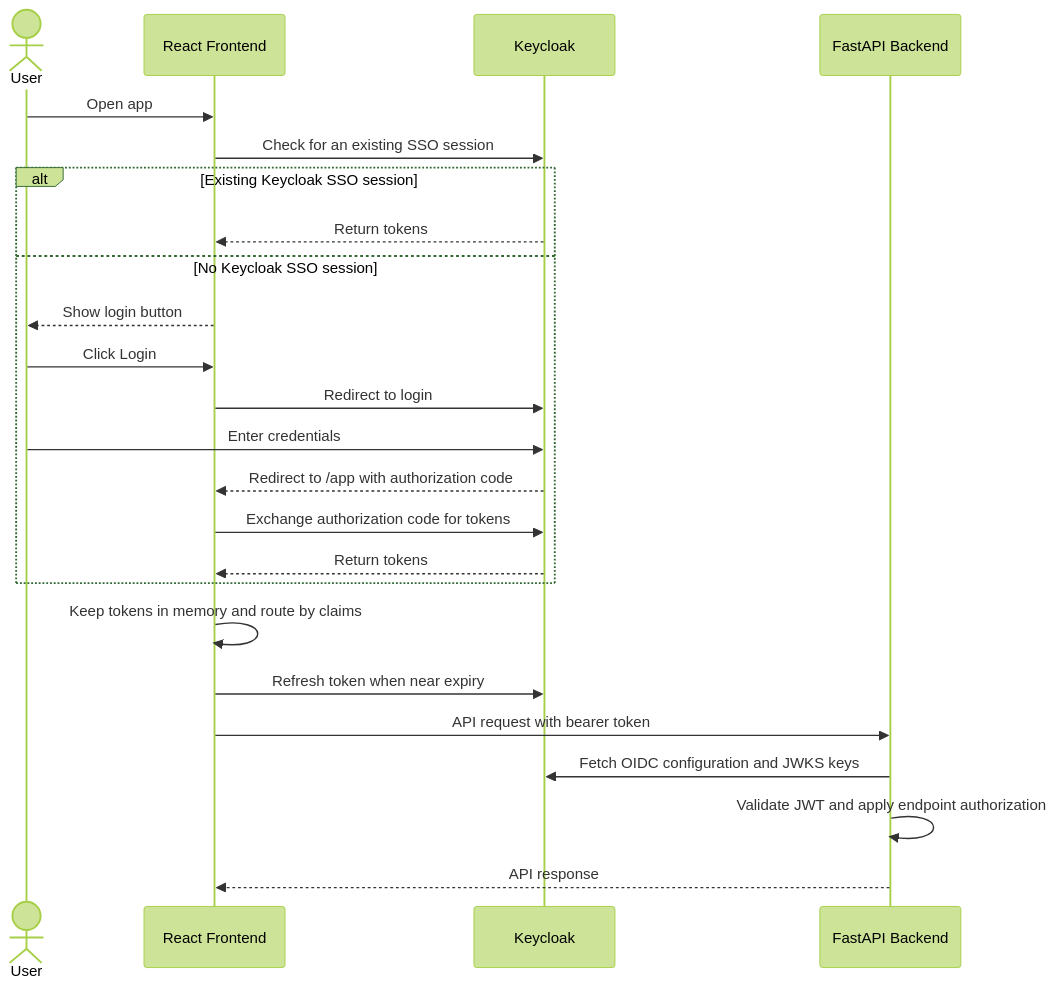
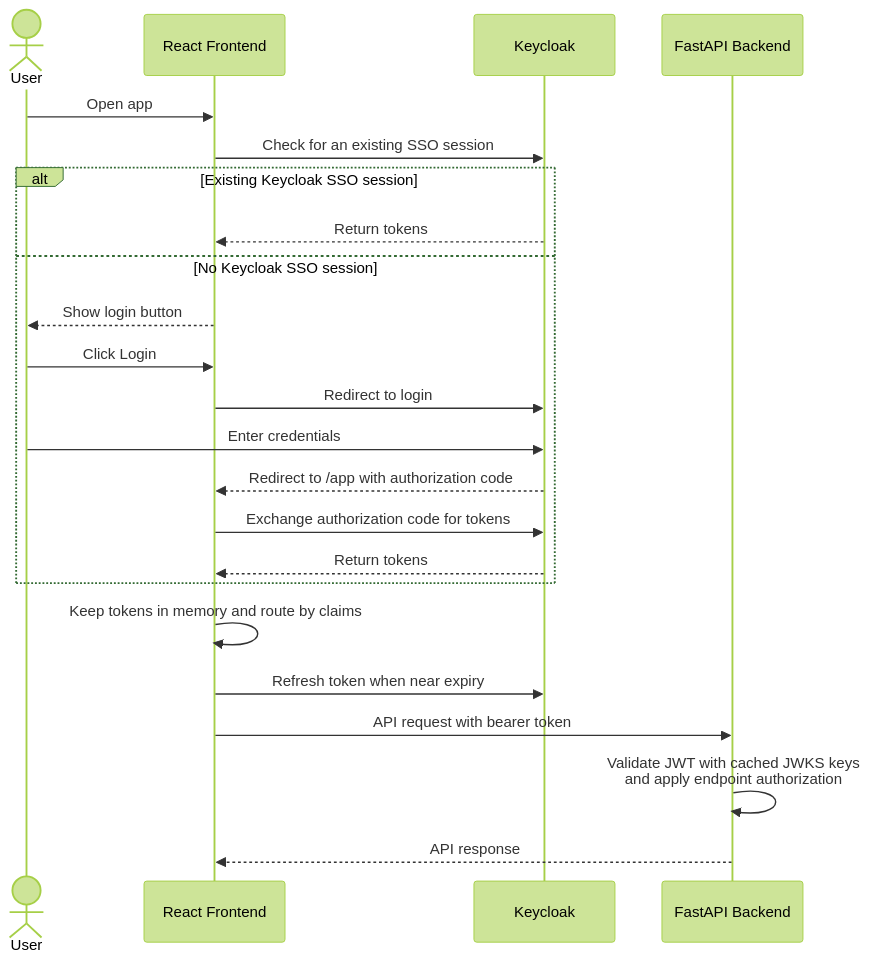
One commit to pmahon3/Data-Portal changed the first of 6 diagrams in docs/diagrams/sequence-authentication.md. Above: the diagram before and after it, drawn with Mermaid (forest theme). The commit also changed other lines of this file and 1 other file, not shown here.

````diff
--- a/docs/diagrams/sequence-authentication.md
+++ b/docs/diagrams/sequence-authentication.md
@@ -7,29 +7,28 @@
 ```mermaid
 sequenceDiagram
     actor User
     participant Frontend as React Frontend
     participant Keycloak
     participant Backend as FastAPI Backend
 
     User->>Frontend: Open app
     Frontend->>Keycloak: Check for an existing SSO session
 
     alt Existing Keycloak SSO session
         Keycloak-->>Frontend: Return tokens
     else No Keycloak SSO session
         Frontend-->>User: Show login button
         User->>Frontend: Click Login
         Frontend->>Keycloak: Redirect to login
         User->>Keycloak: Enter credentials
         Keycloak-->>Frontend: Redirect to /app with authorization code
         Frontend->>Keycloak: Exchange authorization code for tokens
         Keycloak-->>Frontend: Return tokens
     end
 
     Frontend->>Frontend: Keep tokens in memory and route by claims
     Frontend->>Keycloak: Refresh token when near expiry
     Frontend->>Backend: API request with bearer token
-    Backend->>Keycloak: Fetch OIDC configuration and JWKS keys
-    Backend->>Backend: Validate JWT and apply endpoint authorization
+    Backend->>Backend: Validate JWT with cached JWKS keys<br/>and apply endpoint authorization
     Backend-->>Frontend: API response
 ```
````
